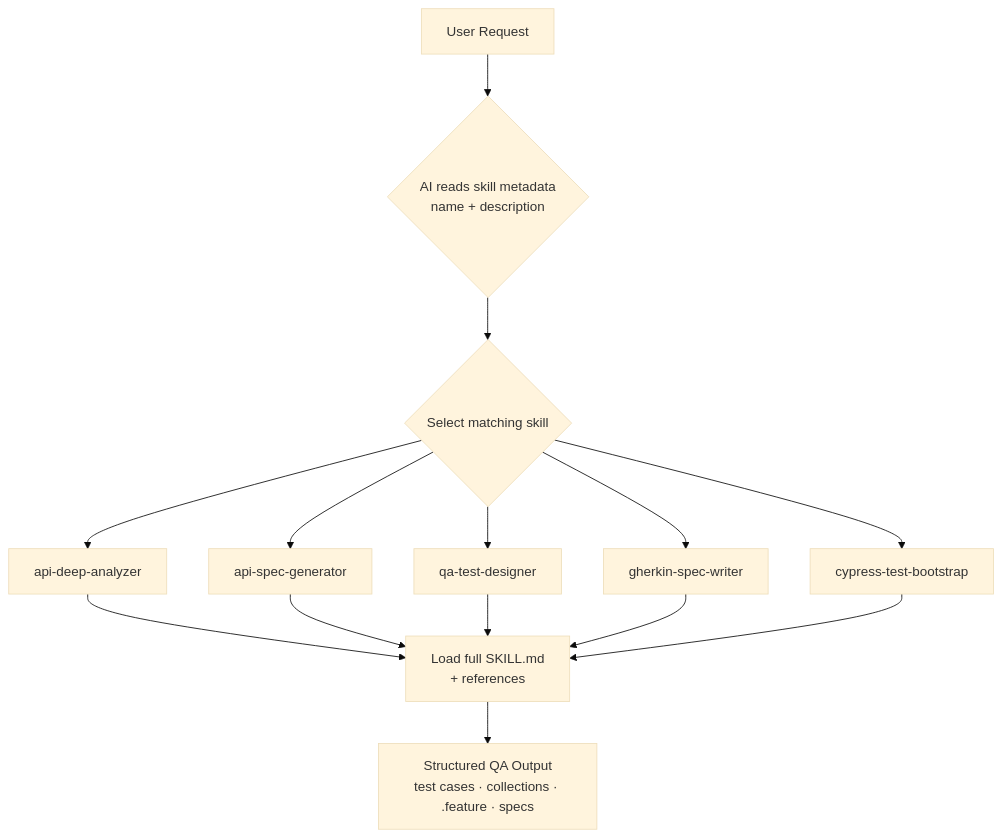
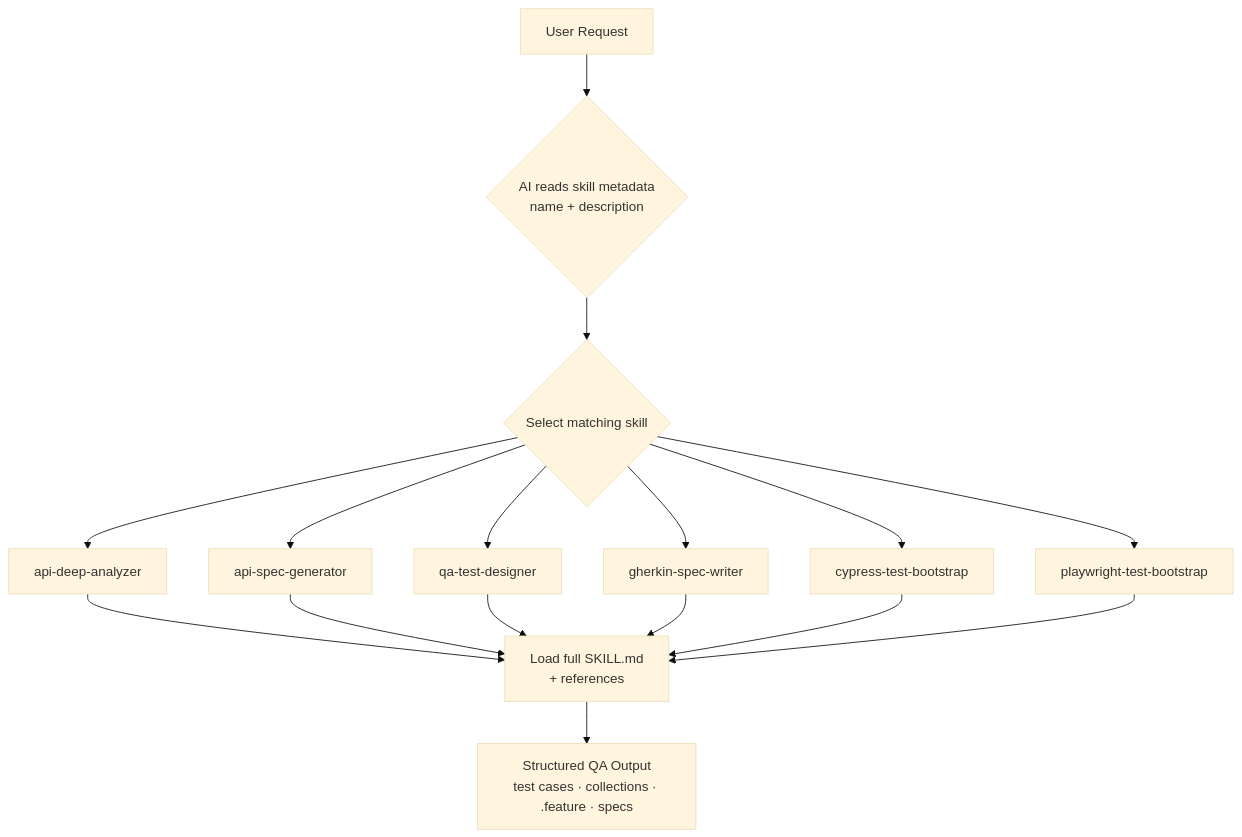
Before and after one commit to mahmoumaima/QIOS: the first of 2 diagrams in README.md, drawn with Mermaid (base theme). The commit also changed other lines of this file and 16 other files, not shown here.

Commit message:
feat(skills): add Playwright test bootstrap

````diff
--- a/README.md
+++ b/README.md
@@ -82,12 +82,13 @@
 ```mermaid
 flowchart TD
     A[User Request] --> B{AI reads skill metadata\nname + description}
     B --> C{Select matching skill}
     C --> D[api-deep-analyzer]
     C --> E[api-spec-generator]
     C --> F[qa-test-designer]
     C --> G[gherkin-spec-writer]
     C --> H[cypress-test-bootstrap]
-    D & E & F & G & H --> I[Load full SKILL.md\n+ references]
-    I --> J[Structured QA Output\ntest cases · collections · .feature · specs]
+    C --> I[playwright-test-bootstrap]
+    D & E & F & G & H & I --> J[Load full SKILL.md\n+ references]
+    J --> K[Structured QA Output\ntest cases · collections · .feature · specs]
 ```
````
